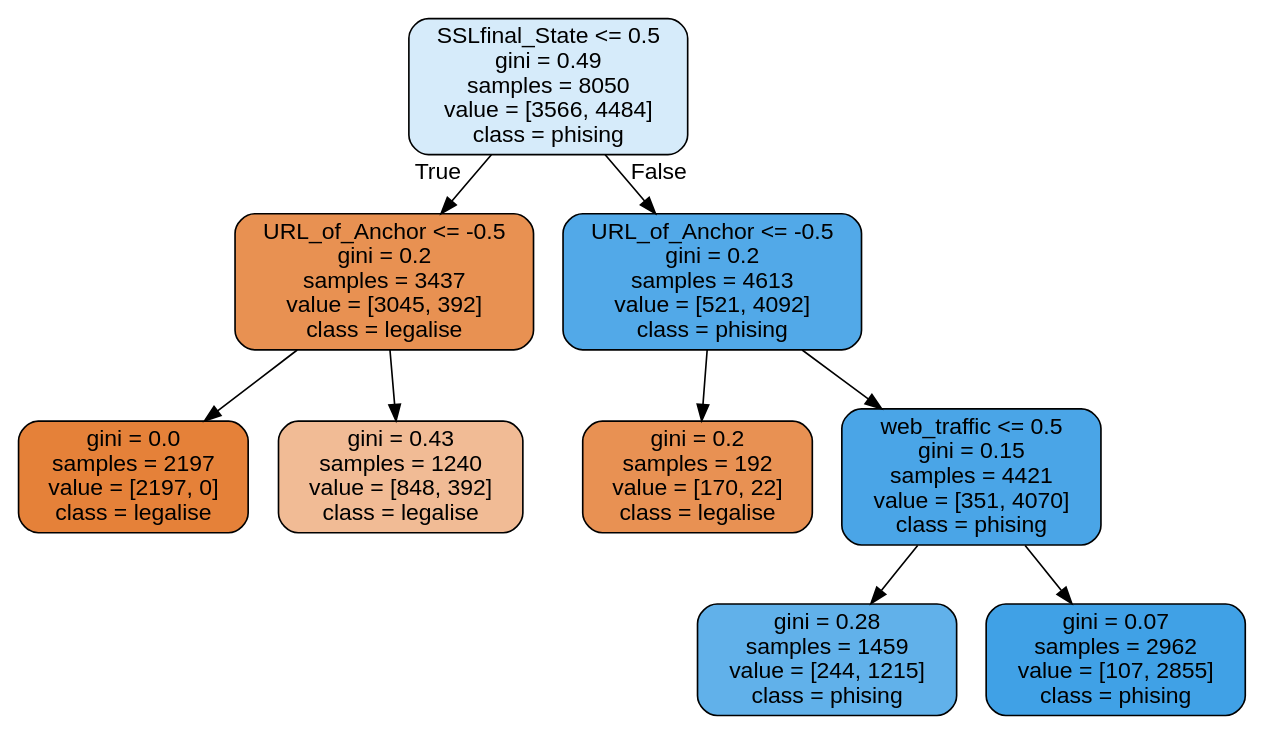
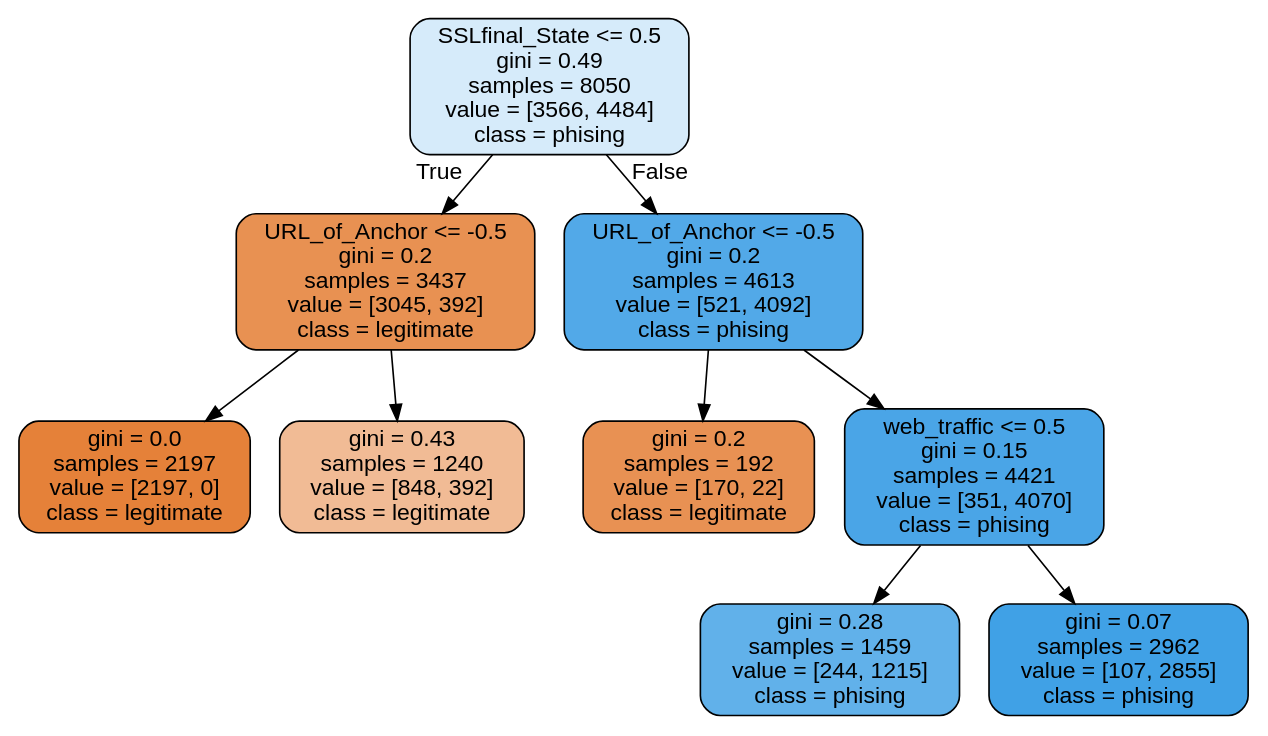
The diagram in Methods/Methods_3_DecisionTree/tree.dot (Yooru6/Machine-Learning-Group-Assignments), drawn with Graphviz before and after one commit. The commit also changed 6 other files, not shown here.

```diff
--- a/Methods/Methods_3_DecisionTree/tree.dot
+++ b/Methods/Methods_3_DecisionTree/tree.dot
@@ -1,21 +1,21 @@
 digraph Tree {
 node [shape=box, style="filled, rounded", color="black", fontname=helvetica] ;
 edge [fontname=helvetica] ;
 0 [label="SSLfinal_State <= 0.5\ngini = 0.49\nsamples = 8050\nvalue = [3566, 4484]\nclass = phising", fillcolor="#d6ebfa"] ;
-1 [label="URL_of_Anchor <= -0.5\ngini = 0.2\nsamples = 3437\nvalue = [3045, 392]\nclass = legalise", fillcolor="#e89152"] ;
+1 [label="URL_of_Anchor <= -0.5\ngini = 0.2\nsamples = 3437\nvalue = [3045, 392]\nclass = legitimate", fillcolor="#e89152"] ;
 0 -> 1 [labeldistance=2.5, labelangle=45, headlabel="True"] ;
-2 [label="gini = 0.0\nsamples = 2197\nvalue = [2197, 0]\nclass = legalise", fillcolor="#e58139"] ;
+2 [label="gini = 0.0\nsamples = 2197\nvalue = [2197, 0]\nclass = legitimate", fillcolor="#e58139"] ;
 1 -> 2 ;
-3 [label="gini = 0.43\nsamples = 1240\nvalue = [848, 392]\nclass = legalise", fillcolor="#f1bb95"] ;
+3 [label="gini = 0.43\nsamples = 1240\nvalue = [848, 392]\nclass = legitimate", fillcolor="#f1bb95"] ;
 1 -> 3 ;
 4 [label="URL_of_Anchor <= -0.5\ngini = 0.2\nsamples = 4613\nvalue = [521, 4092]\nclass = phising", fillcolor="#52a9e8"] ;
 0 -> 4 [labeldistance=2.5, labelangle=-45, headlabel="False"] ;
-5 [label="gini = 0.2\nsamples = 192\nvalue = [170, 22]\nclass = legalise", fillcolor="#e89153"] ;
+5 [label="gini = 0.2\nsamples = 192\nvalue = [170, 22]\nclass = legitimate", fillcolor="#e89153"] ;
 4 -> 5 ;
 6 [label="web_traffic <= 0.5\ngini = 0.15\nsamples = 4421\nvalue = [351, 4070]\nclass = phising", fillcolor="#4aa5e7"] ;
 4 -> 6 ;
 7 [label="gini = 0.28\nsamples = 1459\nvalue = [244, 1215]\nclass = phising", fillcolor="#61b1ea"] ;
 6 -> 7 ;
 8 [label="gini = 0.07\nsamples = 2962\nvalue = [107, 2855]\nclass = phising", fillcolor="#40a1e6"] ;
 6 -> 8 ;
 }
```
